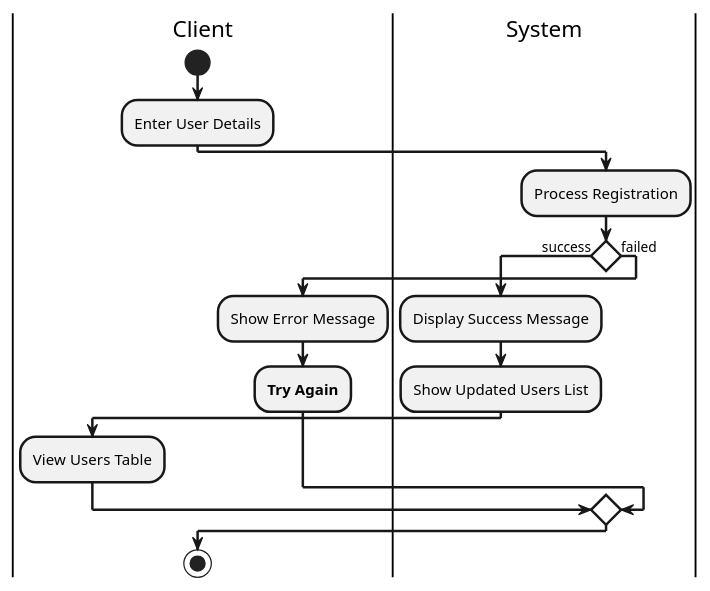
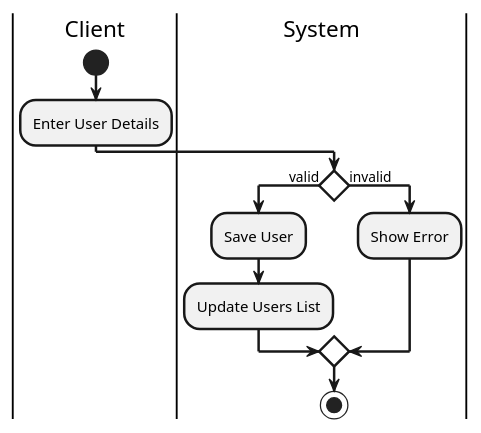
The diagram in Activity_Diagrams/user_management_activity.puml (KuroKage-001/Mamatid_MedClinic), drawn with PlantUML before and after one commit. The commit also changed 9 other files, not shown here.

Commit message:
prototype03 | Refactor activity diagrams for client registration, family members, login, update user, and user management processes. Simplified workflows and improved error handling for better clarity and user experience. Enhanced visual consistency across diagrams.

```diff
--- a/Activity_Diagrams/user_management_activity.puml
+++ b/Activity_Diagrams/user_management_activity.puml
@@ -1,28 +1,22 @@
 @startuml
 skinparam defaultTextAlignment center
 skinparam ArrowThickness 2
 skinparam ActivityBorderThickness 2
 skinparam ActivityDiamondBackgroundColor white
 skinparam ActivityDiamondBorderThickness 2
 
 |Client|
 start
 :Enter User Details;
 
 |System|
-:Process Registration;
-
-if () then (success)
-  :Display Success Message;
-  :Show Updated Users List;
-  |Client|
-  :View Users Table;
-else (failed)
-  :Show Error Message;
-  |Client|
-  :**Try Again**;
+if () then (valid)
+  :Save User;
+  :Update Users List;
+else (invalid)
+  :Show Error;
 endif
 
 stop
 
-@enduml 
+@enduml
```
